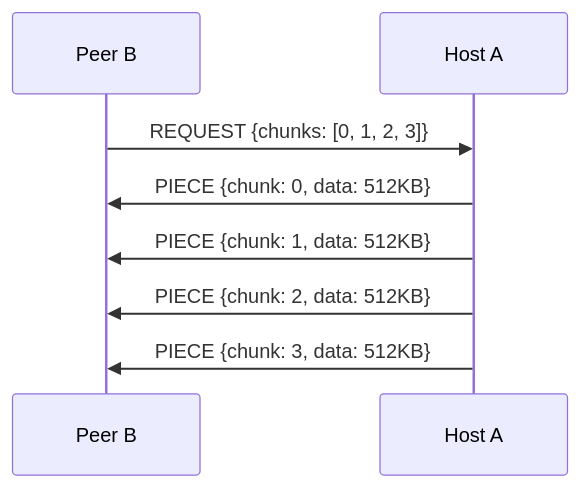
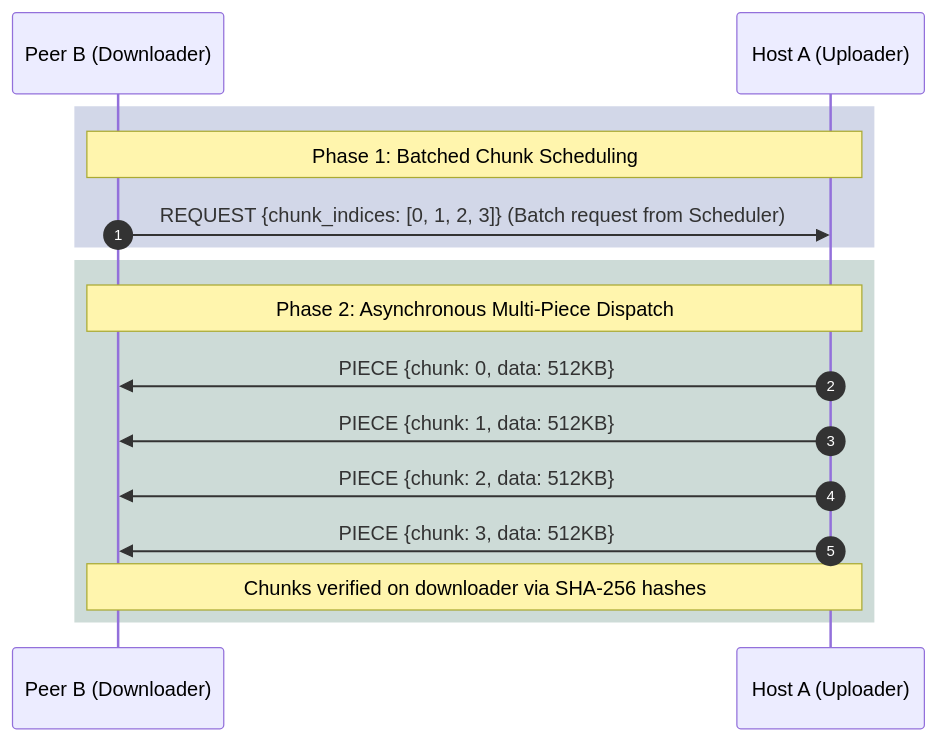
The third of 5 diagrams in docs/protocol_sequence.md (sophic00/peerwatch), drawn with Mermaid before and after one commit. The commit also changed other lines of this file and 1 other file, not shown here.

Commit message:
chore: docs diagram update

````diff
--- a/docs/protocol_sequence.md
+++ b/docs/protocol_sequence.md
@@ -70,12 +77,20 @@
 ```mermaid
 sequenceDiagram
-    participant B as Peer B
-    participant A as Host A
+    autonumber
+    participant B as Peer B (Downloader)
+    participant A as Host A (Uploader)
 
-    B->>A: REQUEST {chunks: [0, 1, 2, 3]}
+    rect rgba(30, 58, 138, 0.2)
+        note over B,A: Phase 1: Batched Chunk Scheduling
+        B->>A: REQUEST {chunk_indices: [0, 1, 2, 3]} (Batch request from Scheduler)
+    end
 
-    A->>B: PIECE {chunk: 0, data: 512KB}
-    A->>B: PIECE {chunk: 1, data: 512KB}
-    A->>B: PIECE {chunk: 2, data: 512KB}
-    A->>B: PIECE {chunk: 3, data: 512KB}
+    rect rgba(6, 78, 59, 0.2)
+        note over B,A: Phase 2: Asynchronous Multi-Piece Dispatch
+        A->>B: PIECE {chunk: 0, data: 512KB}
+        A->>B: PIECE {chunk: 1, data: 512KB}
+        A->>B: PIECE {chunk: 2, data: 512KB}
+        A->>B: PIECE {chunk: 3, data: 512KB}
+        note over B,A: Chunks verified on downloader via SHA-256 hashes
+    end
 ```
````
